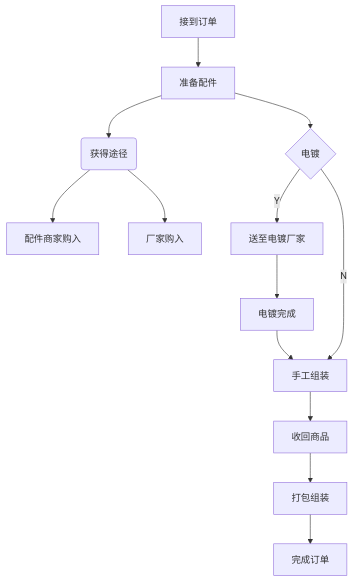
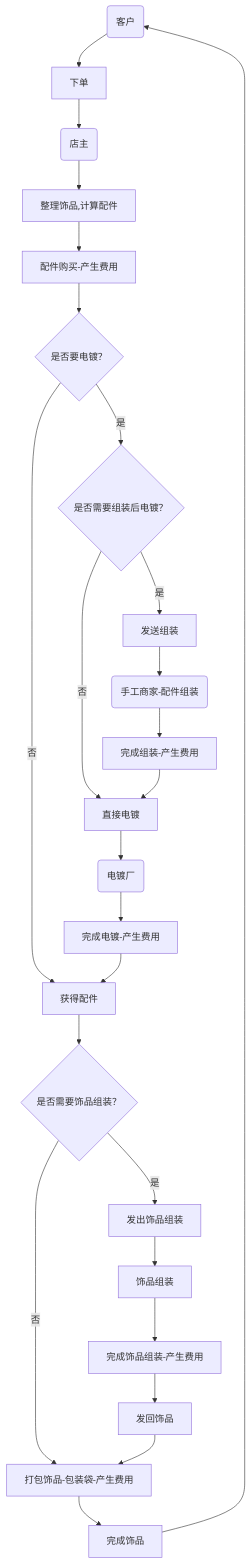
The diagram in docs/alleno_flow.md (YSeeboo/alleno), drawn with Mermaid before and after one commit. The commit also changed 60 other files, not shown here.

````diff
--- a/docs/alleno_flow.md
+++ b/docs/alleno_flow.md
@@ -1,18 +1,27 @@
 ```mermaid
 flowchart TD
-    A[接到订单] --> B[准备配件]
-    B --> J(获得途径)
-    J --> C[配件商家购入]
-    J -->     D[厂家购入]
-    B --> E{电镀}
-    E --> |Y|K[送至电镀厂家]
-    K --> L[电镀完成]
-    L --> F[手工组装]
-    E --> |N|F[手工组装]
-    F --> G[收回商品]
-    G --> H[打包组装]
-    H --> I[完成订单]
-    
-    
-    
+    A(客户) --> B[下单]
+    B --> C(店主)
+    C --> D[整理饰品,计算配件]
+    D --> F[配件购买-产生费用]
+    F --> J{是否要电镀？}
+    J --> |是|K{是否需要组装后电镀？}
+    J --> |否|E[获得配件]
+    K --> |否|G[直接电镀]
+    K --> |是|L[发送组装]
+    L --> M1(手工商家-配件组装)
+    M1 --> N[完成组装-产生费用]
+    N --> G
+    G --> H(电镀厂)
+    H --> I[完成电镀-产生费用]
+    I --> E
+    E --> O{是否需要饰品组装？}
+    O --> |否|P[打包饰品-包装袋-产生费用]
+    P --> Q[完成饰品]
+    O --> |是|R[发出饰品组装]
+    R --> M2[饰品组装]
+    M2 --> S[完成饰品组装-产生费用]
+    S --> T[发回饰品]
+    T --> P
+    Q --> A
 ```
````
